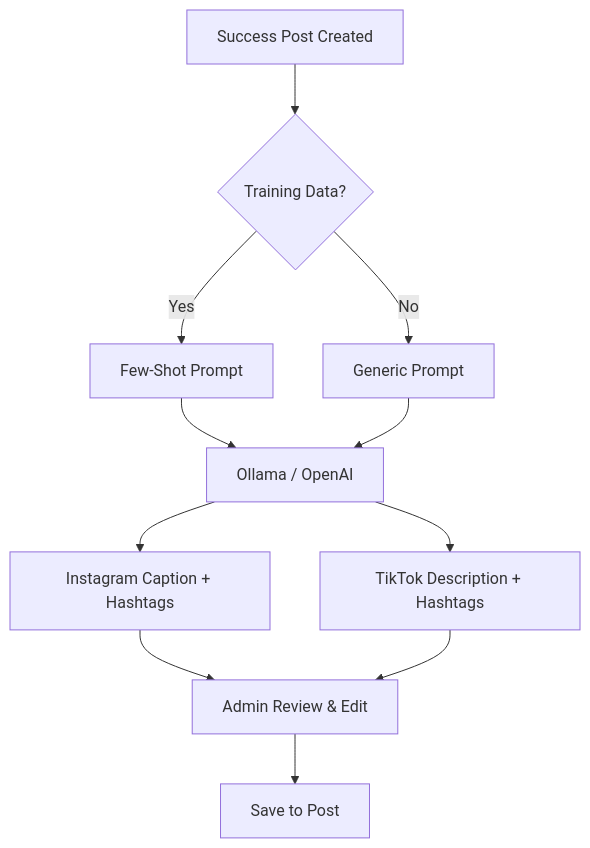
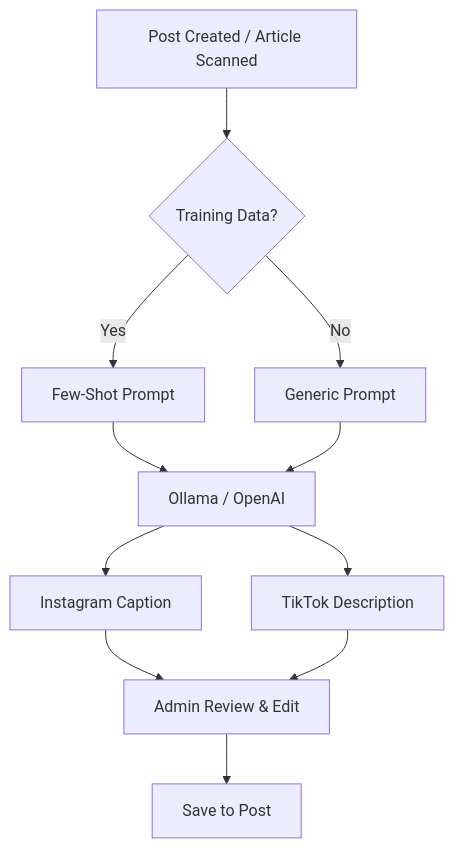
The second of 3 diagrams in README.md (NoahRolli/contentHub_catchKen), drawn with Mermaid before and after one commit. The commit also changed other lines of this file, not shown here.

````diff
--- a/README.md
+++ b/README.md
@@ -238,13 +320,13 @@
 ```mermaid
 graph TD
-    A[Success Post Created] --> B{Training Data?}
+    A[Post Created / Article Scanned] --> B{Training Data?}
     B -->|Yes| C[Few-Shot Prompt]
     B -->|No| D[Generic Prompt]
     C --> E[Ollama / OpenAI]
     D --> E
-    E --> F[Instagram Caption + Hashtags]
-    E --> G[TikTok Description + Hashtags]
+    E --> F[Instagram Caption]
+    E --> G[TikTok Description]
     F --> H[Admin Review & Edit]
     G --> H
     H --> I[Save to Post]
 ```
````
